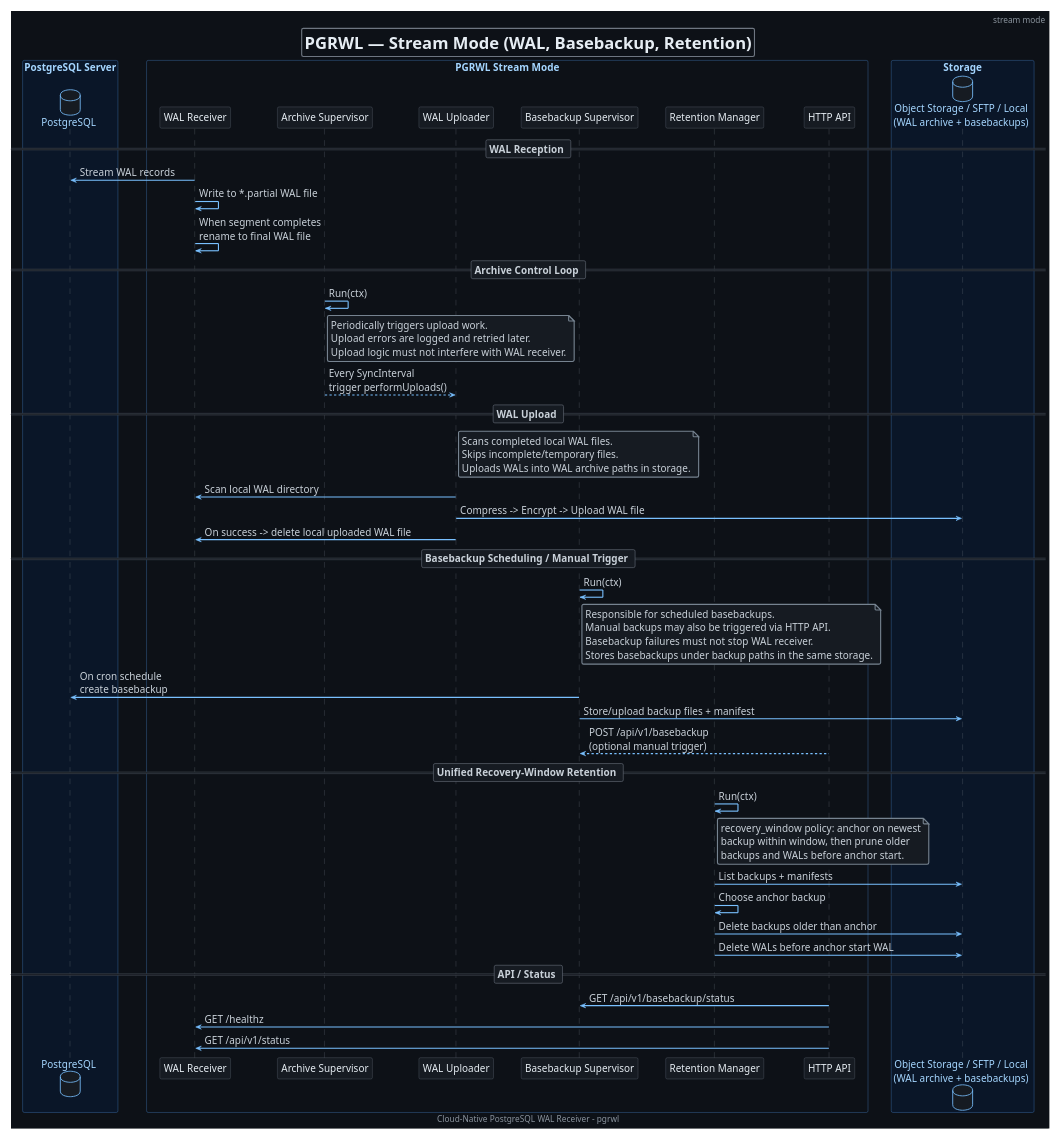
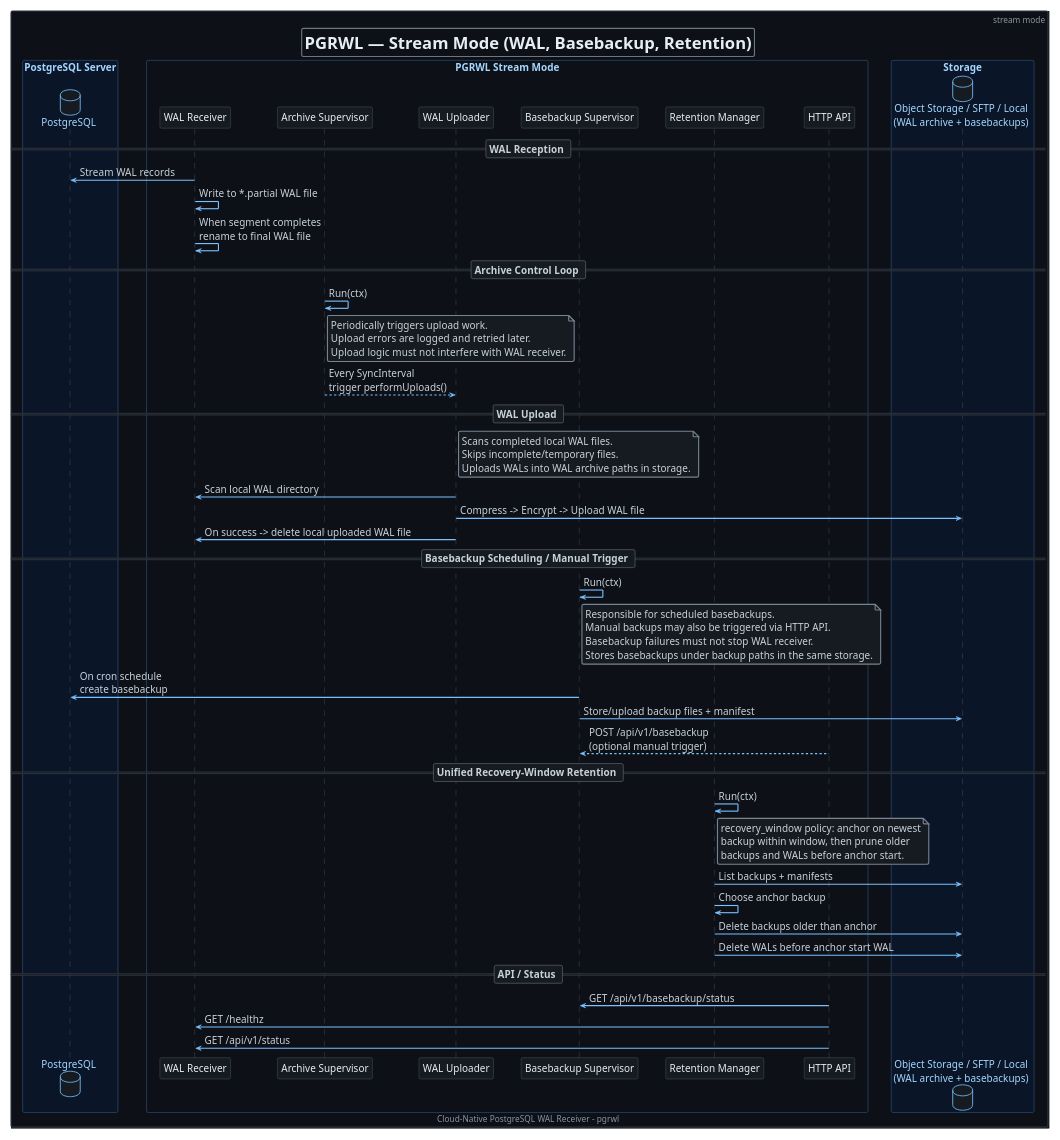
One commit to pgrwl/pgrwl changed the diagram in docs/assets/diagrams/stream-mode-v2.puml. Above: the diagram before and after it, drawn with PlantUML. The commit also changed 1 other file, not shown here.

```diff
--- a/docs/assets/diagrams/stream-mode-v2.puml
+++ b/docs/assets/diagrams/stream-mode-v2.puml
@@ -1,156 +1,158 @@
 @startuml flow
 
 ' GitHub dark palette overrides
 skinparam backgroundColor        #0d1117
 skinparam defaultFontName        "Verdana"
 skinparam defaultFontSize        18
 skinparam shadowing              false
 skinparam roundcorner            6
 skinparam BoxPadding             20
 skinparam ParticipantPadding     20
+skinparam diagramBorderColor     #30363d
+skinparam diagramBorderThickness 2
 
 ' Participants
 skinparam participant {
   BackgroundColor                #161b22
   BorderColor                    #768390
   FontColor                      #e6edf3
   ParticipantBorderThickness     2
 }
 
 ' Database shapes
 skinparam database {
   BackgroundColor                #161b22
   BorderColor                    #79c0ff
   FontColor                      #a5d6ff
 }
 
 ' Boxes
 skinparam sequence {
   BoxBackgroundColor             #0d1117
   BoxBorderColor                 #58a6ff
   BoxFontColor                   #a5d6ff
 
   LifeLineBorderColor            #6e7681
   LifeLineBorderThickness        2
   LifeLineBackgroundColor        #161b22
 
   GroupBorderColor               #768390
   GroupFontColor                 #c9d1d9
   GroupHeaderFontColor           #e6edf3
   GroupBackgroundColor           #161b22
   GroupBodyBackgroundColor       #0d1117
   GroupHeaderBackgroundColor     #161b22
 
   DividerBackgroundColor         #161b22
   DividerBorderColor             #6e7681
   DividerBorderThickness         1
   DividerFontColor               #c9d1d9
 }
 
 ' Arrows
 skinparam arrow {
   Color                          #79c0ff
   FontColor                      #c9d1d9
   Thickness                      2
 }
 
 ' Notes
 skinparam note {
   BackgroundColor                #161b22
   BorderColor                    #768390
   FontColor                      #c9d1d9
   BorderThickness                2
 }
 
 ' Title / header / footer
 skinparam title {
   FontColor                      #e6edf3
   BorderColor                    #6e7681
   FontSize                       30
   BackgroundColor                #0d1117
   BorderRoundCorner              6
   BorderThickness                2
 }
 skinparam HeaderFontColor        #8b949e
 skinparam HeaderFontSize         15
 skinparam FooterFontColor        #8b949e
 skinparam FooterFontSize         15
 
 ' Diagram
 
 title "PGRWL — Stream Mode (WAL, Basebackup, Retention)"
 footer Cloud-Native PostgreSQL WAL Receiver - pgrwl
 header stream mode
 scale max 980 height
 
 box "PostgreSQL Server" #0a1628
   database "PostgreSQL" as PG
 end box
 
 box "PGRWL Stream Mode" #0d1117
   participant "WAL Receiver"          as Receiver
   participant "Archive Supervisor"    as ArchiveSupervisor
   participant "WAL Uploader"          as Uploader
   participant "Basebackup Supervisor" as BackupSupervisor
   participant "Retention Manager"     as Retention
   participant "HTTP API"              as API
 end box
 
 box "Storage" #0a1628
   database "Object Storage / SFTP / Local\n(WAL archive + basebackups)" as Storage
 end box
 
 == WAL Reception ==
 Receiver -> PG              : Stream WAL records
 Receiver -> Receiver        : Write to *.partial WAL file
 Receiver -> Receiver        : When segment completes\nrename to final WAL file
 
 == Archive Control Loop ==
 ArchiveSupervisor -> ArchiveSupervisor : Run(ctx)
 note right of ArchiveSupervisor
   Periodically triggers upload work.
   Upload errors are logged and retried later.
   Upload logic must not interfere with WAL receiver.
 end note
 ArchiveSupervisor --> Uploader : Every SyncInterval\ntrigger performUploads()
 
 == WAL Upload ==
 note right of Uploader
   Scans completed local WAL files.
   Skips incomplete/temporary files.
   Uploads WALs into WAL archive paths in storage.
 end note
 Uploader -> Receiver : Scan local WAL directory
 Uploader -> Storage  : Compress -> Encrypt -> Upload WAL file
 Uploader -> Receiver : On success -> delete local uploaded WAL file
 
 == Basebackup Scheduling / Manual Trigger ==
 BackupSupervisor -> BackupSupervisor : Run(ctx)
 note right of BackupSupervisor
   Responsible for scheduled basebackups.
   Manual backups may also be triggered via HTTP API.
   Basebackup failures must not stop WAL receiver.
   Stores basebackups under backup paths in the same storage.
 end note
 BackupSupervisor -> PG      : On cron schedule\ncreate basebackup
 BackupSupervisor -> Storage : Store/upload backup files + manifest
 API --> BackupSupervisor    : POST /api/v1/basebackup\n(optional manual trigger)
 
 == Unified Recovery-Window Retention ==
 Retention -> Retention : Run(ctx)
 note right of Retention
   recovery_window policy: anchor on newest
   backup within window, then prune older
   backups and WALs before anchor start.
 end note
 Retention -> Storage   : List backups + manifests
 Retention -> Retention : Choose anchor backup
 Retention -> Storage   : Delete backups older than anchor
 Retention -> Storage   : Delete WALs before anchor start WAL
 
 == API / Status ==
 API -> BackupSupervisor : GET /api/v1/basebackup/status
 API -> Receiver         : GET /healthz
 API -> Receiver         : GET /api/v1/status
 
 @enduml
```
